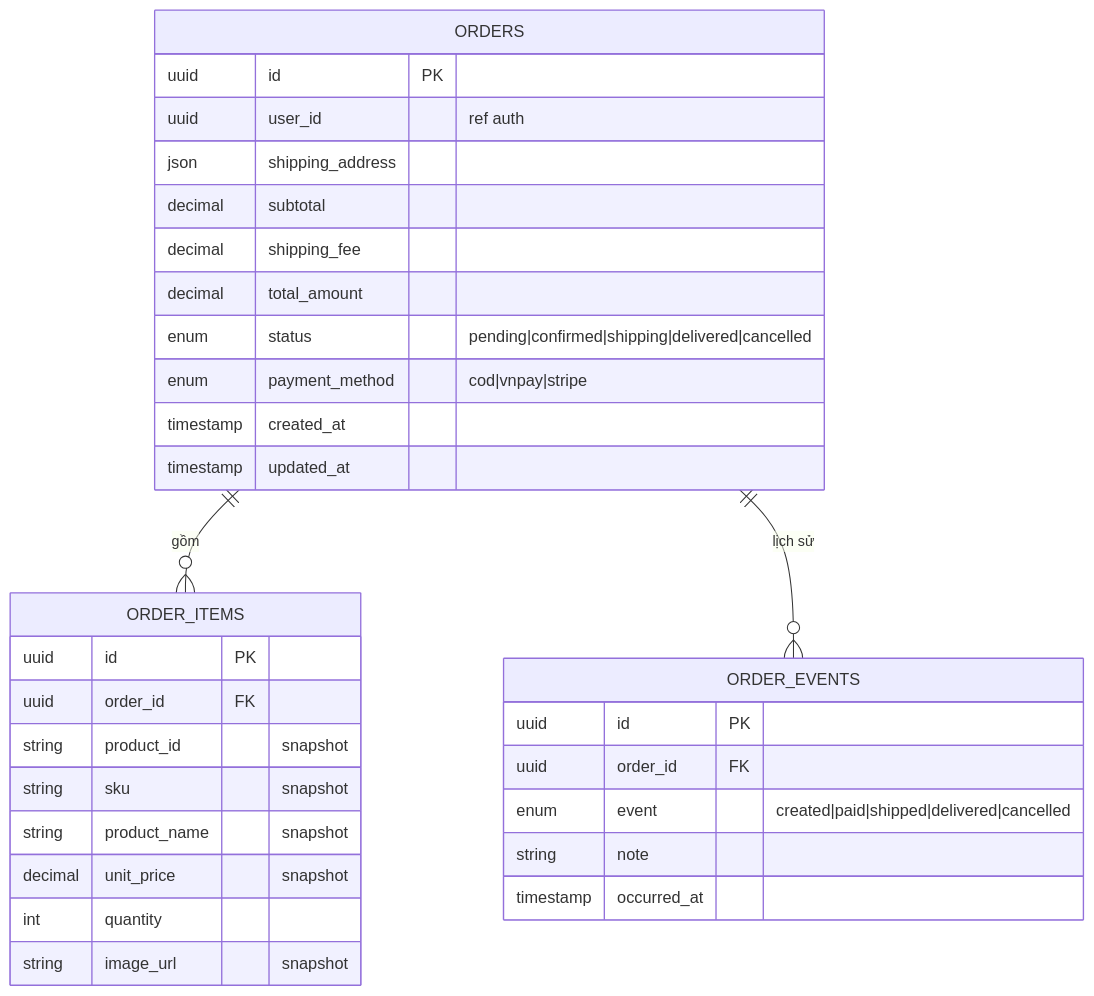
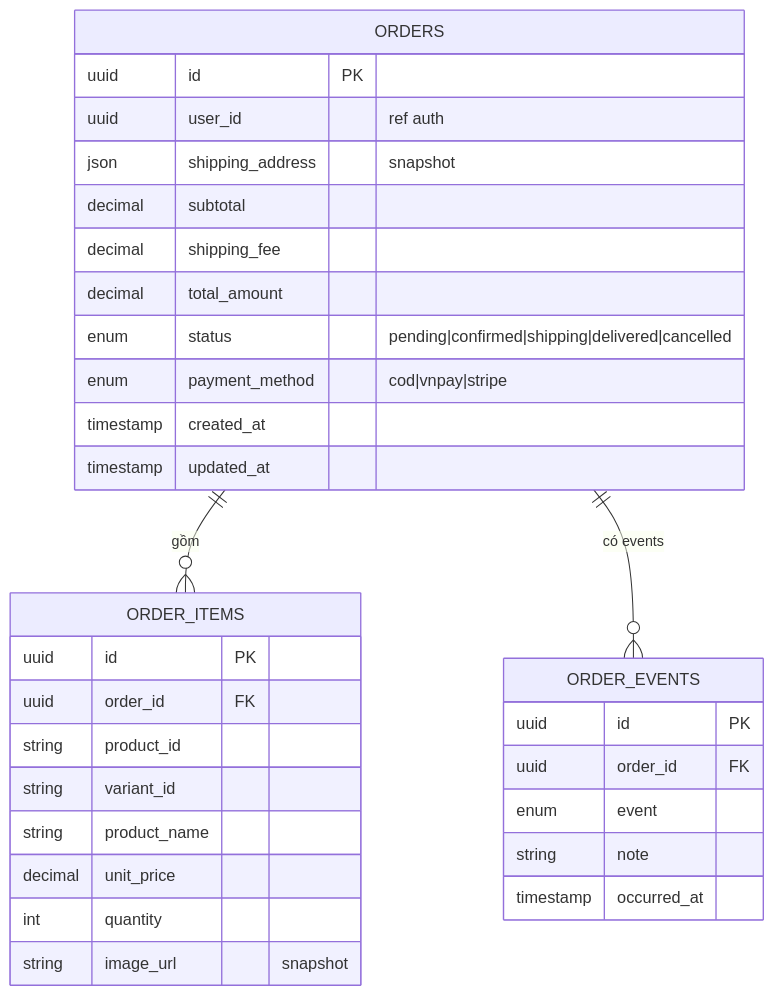
Before and after one commit to nguyenhuynhphuongloc/AdvanceTechnology: the sixth of 8 diagrams in my-app/microservice-architecture.md, drawn with Mermaid. The commit also changed other lines of this file and 15 other files, not shown here.

````diff
--- a/my-app/microservice-architecture.md
+++ b/my-app/microservice-architecture.md
@@ -427,34 +444,34 @@
 ```mermaid
 erDiagram
     ORDERS {
-        uuid    id              PK
-        uuid    user_id         "ref auth"
-        json    shipping_address
+        uuid    id                  PK
+        uuid    user_id             "ref auth"
+        json    shipping_address    "snapshot"
         decimal subtotal
         decimal shipping_fee
         decimal total_amount
-        enum    status          "pending|confirmed|shipping|delivered|cancelled"
-        enum    payment_method  "cod|vnpay|stripe"
+        enum    status              "pending|confirmed|shipping|delivered|cancelled"
+        enum    payment_method      "cod|vnpay|stripe"
         timestamp created_at
         timestamp updated_at
     }
     ORDER_ITEMS {
         uuid    id              PK
         uuid    order_id        FK
-        string  product_id      "snapshot"
-        string  sku             "snapshot"
-        string  product_name    "snapshot"
-        decimal unit_price      "snapshot"
+        string  product_id
+        string  variant_id
+        string  product_name
+        decimal unit_price
         int     quantity
         string  image_url       "snapshot"
     }
     ORDER_EVENTS {
-        uuid    id          PK
-        uuid    order_id    FK
-        enum    event       "created|paid|shipped|delivered|cancelled"
+        uuid    id              PK
+        uuid    order_id        FK
+        enum    event
         string  note
         timestamp occurred_at
     }
-    ORDERS ||--o{ ORDER_ITEMS  : "gồm"
-    ORDERS ||--o{ ORDER_EVENTS : "lịch sử"
+    ORDERS     ||--o{ ORDER_ITEMS    : "gồm"
+    ORDERS     ||--o{ ORDER_EVENTS   : "có events"
 ```
````
